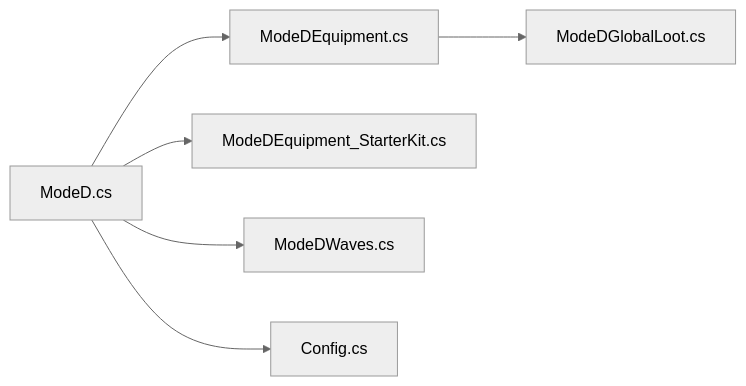
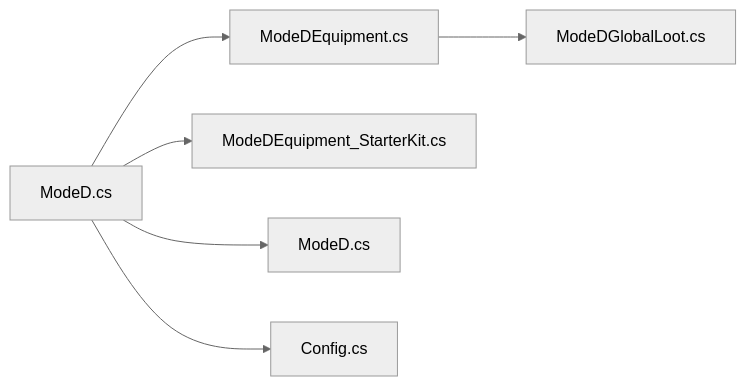
Before and after one commit to GASEN1216/BossRushMod: the eighth of 8 diagrams in .qoder/repowiki/zh/content/项目概览/核心功能特性/游戏模式系统/Mode D：白手起家.md, drawn with Mermaid (neutral theme). The commit also changed other lines of this file and 124 other files, not shown here.

````diff
--- a/.qoder/repowiki/zh/content/项目概览/核心功能特性/游戏模式系统/Mode D：白手起家.md
+++ b/.qoder/repowiki/zh/content/项目概览/核心功能特性/游戏模式系统/Mode D：白手起家.md
@@ -282,8 +282,8 @@
 ```mermaid
 graph LR
 Core["ModeD.cs"] --> Eq["ModeDEquipment.cs"]
 Core --> SK["ModeDEquipment_StarterKit.cs"]
-Core --> Waves["ModeDWaves.cs"]
+Core --> Waves["ModeD.cs"]
 Eq --> Loot["ModeDGlobalLoot.cs"]
 Core --> Conf["Config.cs"]
 ```
````
